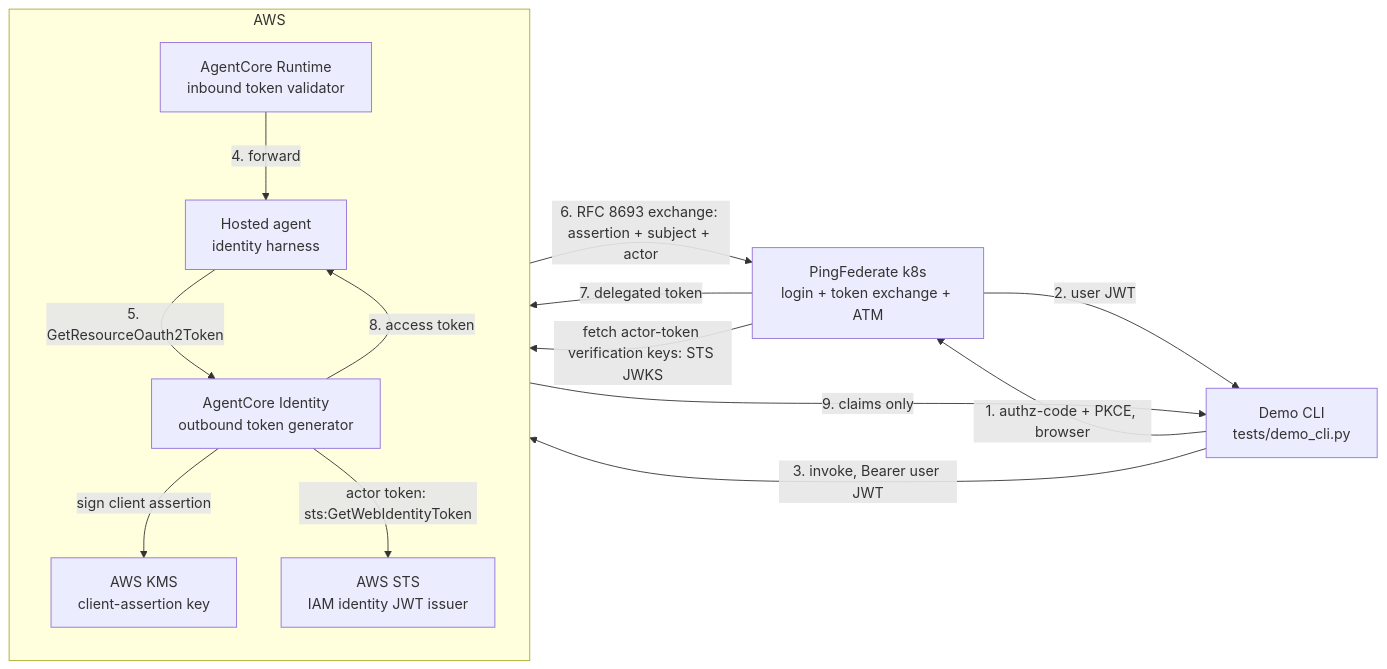
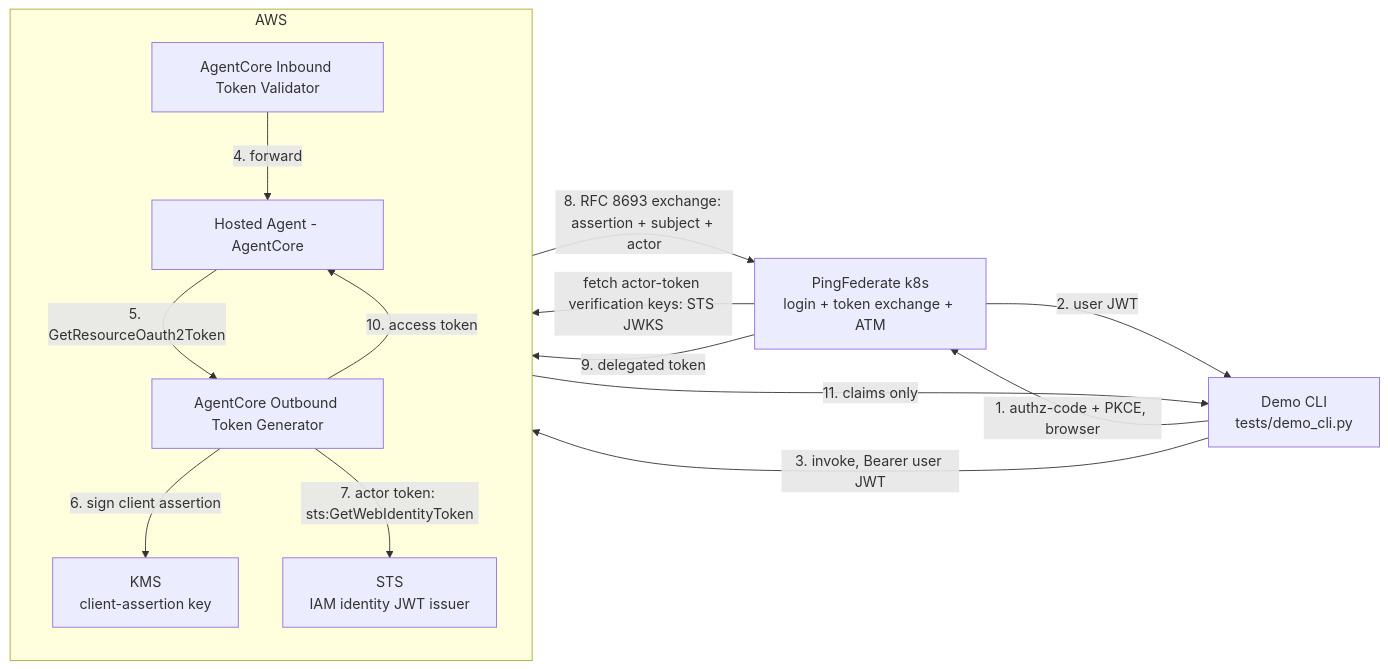
Before and after one commit to carbonefederico/ai-agentcore-token-exchange: the diagram in README.md, drawn with Mermaid. The commit also changed other lines of this file, not shown here.

First line of the commit message:
docs: single numbered architecture diagram; component naming per review

````diff
--- a/README.md
+++ b/README.md
@@ -25,28 +25,28 @@
 ```mermaid
 flowchart LR
     CLI["Demo CLI\ntests/demo_cli.py"]
 
     subgraph aws["AWS"]
         direction TB
-        RT["AgentCore Runtime\ninbound token validator"]
-        AG["Hosted agent\nidentity harness"]
-        ID["AgentCore Identity\noutbound token generator"]
-        KMS["AWS KMS\nclient-assertion key"]
-        STS["AWS STS\nIAM identity JWT issuer"]
+        RT["AgentCore Inbound Token Validator"]
+        AG["Hosted Agent - AgentCore"]
+        ID["AgentCore Outbound Token Generator"]
+        KMS["KMS\nclient-assertion key"]
+        STS["STS\nIAM identity JWT issuer"]
     end
 
     PF["PingFederate k8s\nlogin + token exchange + ATM"]
 
     CLI -- "1. authz-code + PKCE, browser" --> PF
     PF -- "2. user JWT" --> CLI
     CLI -- "3. invoke, Bearer user JWT" --> RT
     RT -- "4. forward" --> AG
     AG -- "5. GetResourceOauth2Token" --> ID
-    ID -- "sign client assertion" --> KMS
-    ID -- "actor token: sts:GetWebIdentityToken" --> STS
-    ID -- "6. RFC 8693 exchange: assertion + subject + actor" --> PF
-    PF -- "7. delegated token" --> ID
+    ID -- "6. sign client assertion" --> KMS
+    ID -- "7. actor token: sts:GetWebIdentityToken" --> STS
+    ID -- "8. RFC 8693 exchange: assertion + subject + actor" --> PF
     PF -- "fetch actor-token verification keys: STS JWKS" --> STS
-    ID -- "8. access token" --> AG
-    AG -- "9. claims only" --> CLI
+    PF -- "9. delegated token" --> ID
+    ID -- "10. access token" --> AG
+    AG -- "11. claims only" --> CLI
 ```
````
